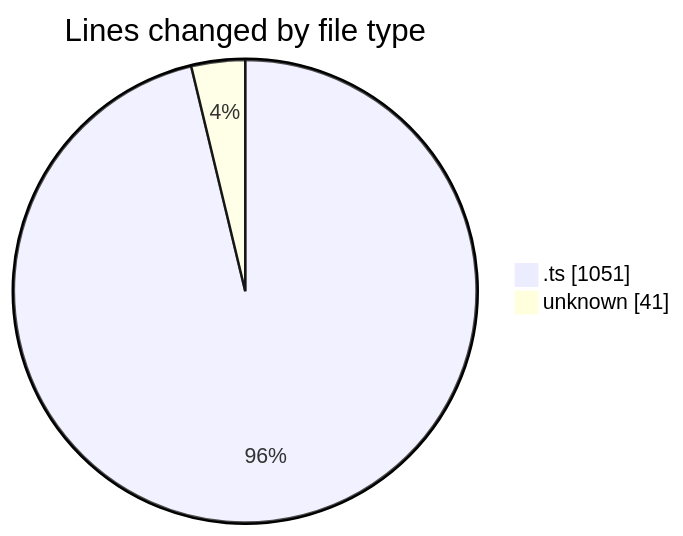
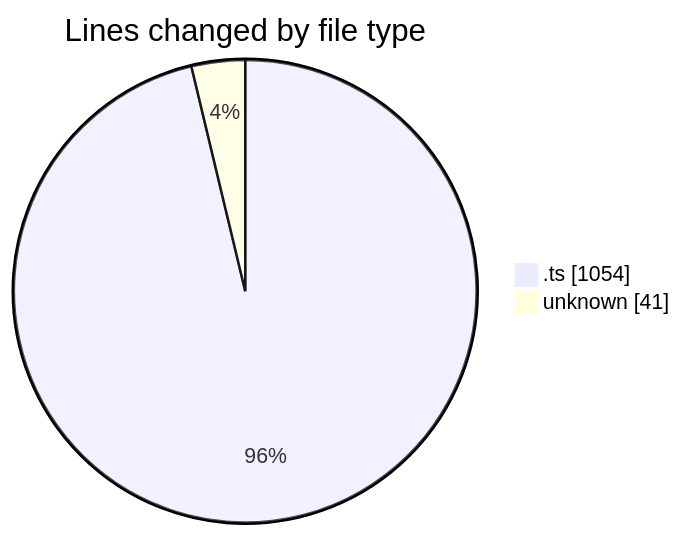
Before and after one commit to momahboobian/code-tracking: the first of 2 diagrams in 2025-08-18/cda/README.md, drawn with Mermaid. The commit also changed other lines of this file and 1 other file, not shown here.

````diff
--- a/2025-08-18/cda/README.md
+++ b/2025-08-18/cda/README.md
@@ -24,6 +24,6 @@
 ```mermaid
 pie showData
 title Lines changed by file type
-".ts" : 1051
+".ts" : 1054
 "unknown" : 41
 ```
````
